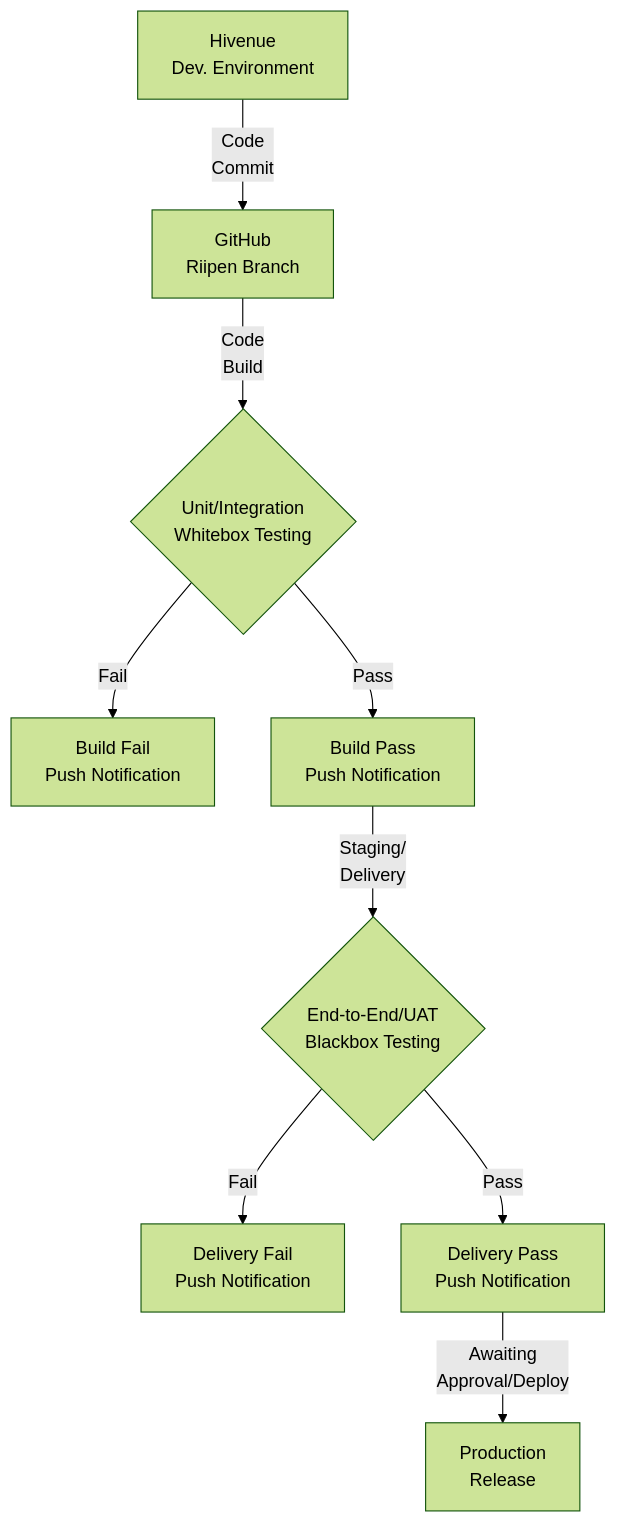
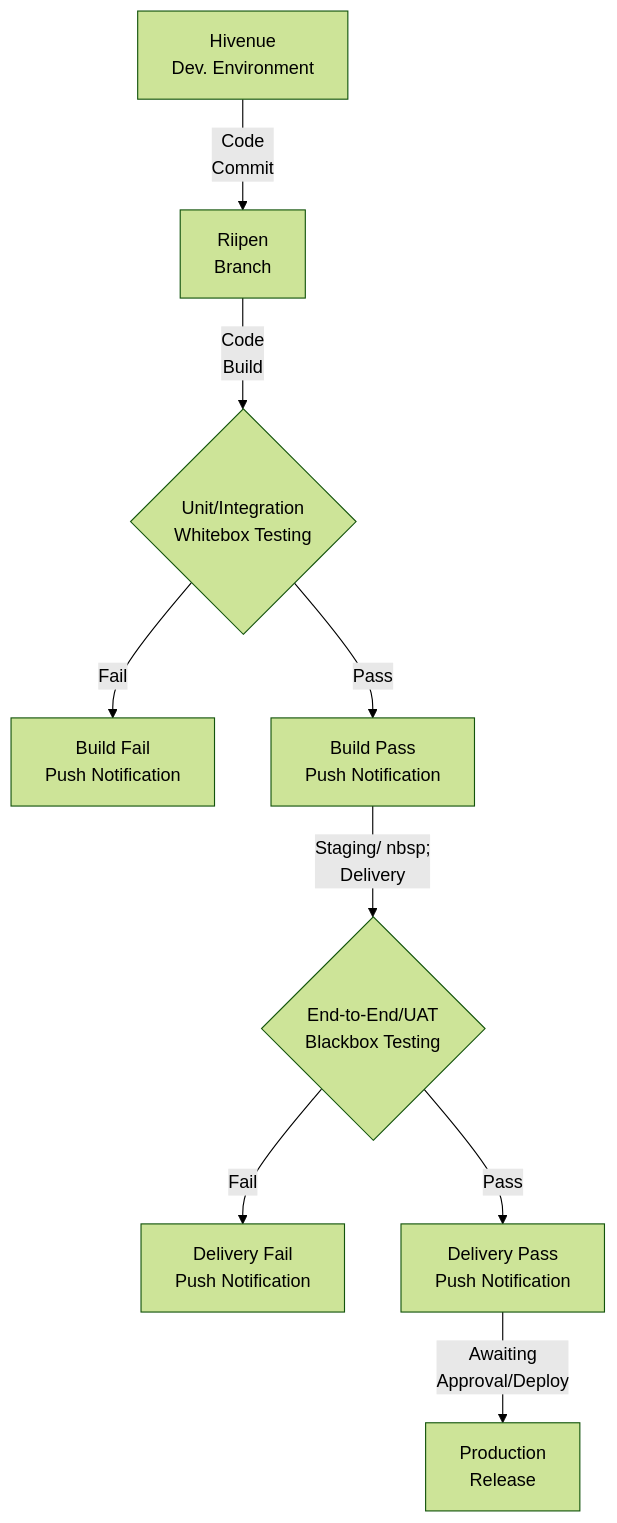
Before and after one commit to HaroonKhanDotNet/cctb_moodle: the diagram in BRD.md, drawn with Mermaid (forest theme).

````diff
--- a/BRD.md
+++ b/BRD.md
@@ -34,11 +34,11 @@
 ```mermaid
   flowchart TD;
-      A[Hivenue <br> Dev. Environment] --Code <br> Commit--> B[GitHub <br> Riipen Branch];
-      B --Code <br> Build--> C{Unit/Integration <br> Whitebox Testing};
-      C --Fail--> D[Build Fail <br> Push Notification];
-      C --Pass--> E[Build Pass <br> Push Notification];
-      E --Staging/ <br> Delivery--> F{End-to-End/UAT <br> Blackbox Testing};
-      F --Fail--> G[Delivery Fail <br> Push Notification];
-      F --Pass--> H[Delivery Pass <br> Push Notification];
-      H --Awaiting <br> Approval/Deploy--> I[Production <br> Release];
+      A[Hivenue <br> Dev. Environment] -- Code <br> Commit --> B[Riipen <br> Branch];
+      B -- Code <br> Build --> C{Unit/Integration <br> Whitebox Testing};
+      C -- Fail --> D[Build Fail <br> Push Notification];
+      C -- Pass --> E[Build Pass <br> Push Notification];
+      E -- Staging/ nbsp;<br> Delivery --> F{End-to-End/UAT <br> Blackbox Testing};
+      F -- Fail --> G[Delivery Fail <br> Push Notification];
+      F -- Pass --> H[Delivery Pass <br> Push Notification];
+      H -- Awaiting <br> Approval/Deploy --> I[Production <br> Release];
 ```
````
